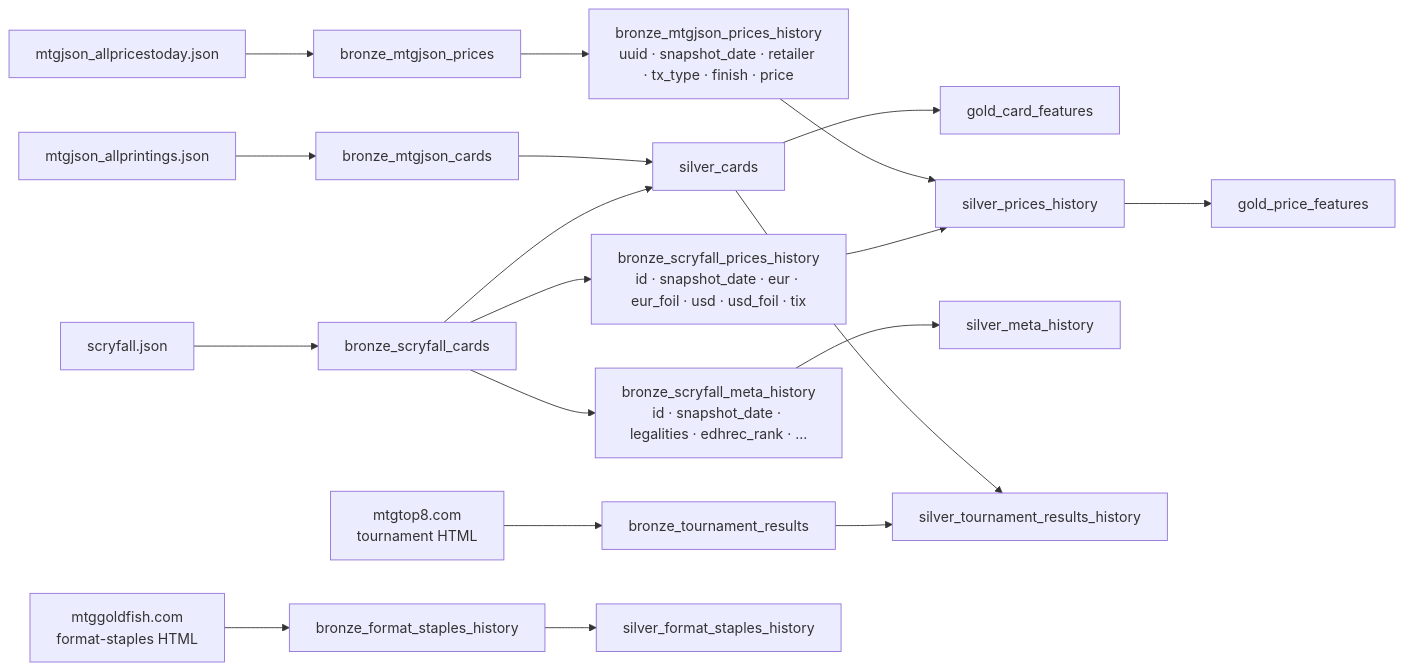
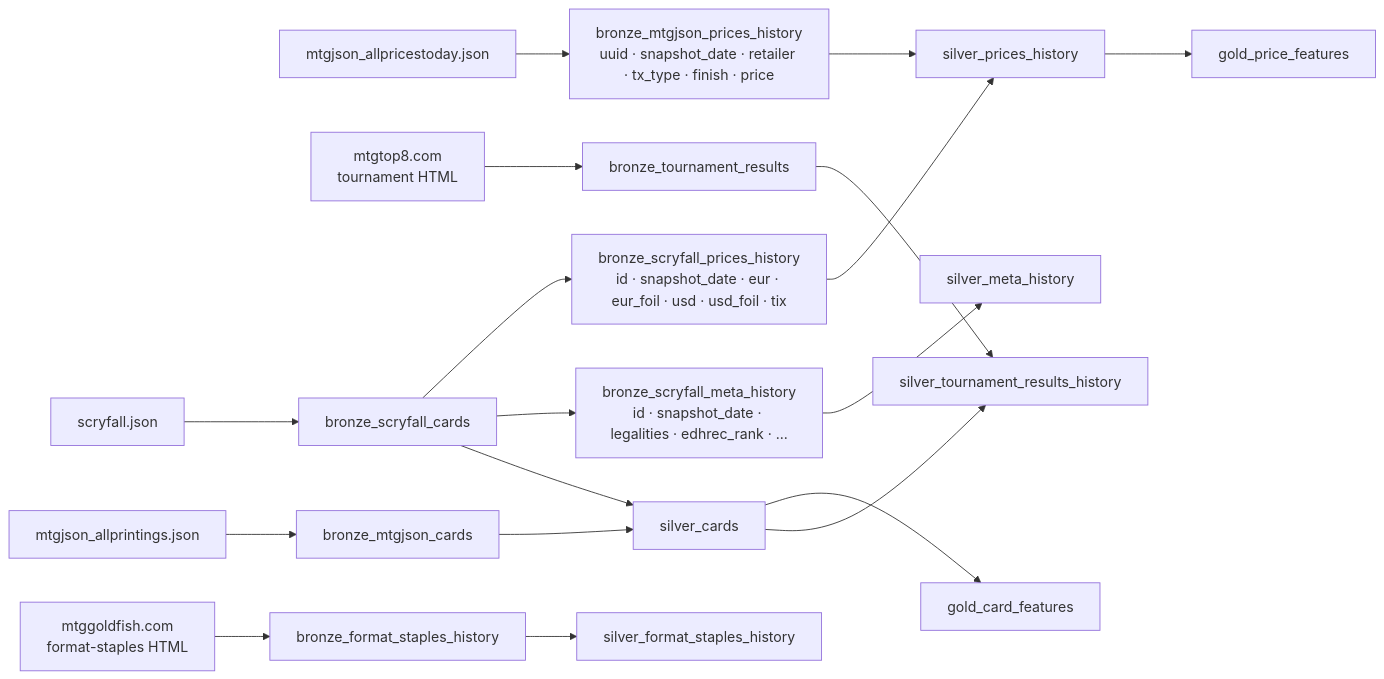
One commit to jedrzejpolaczek/aviarium.columbarius changed the second of 2 diagrams in docs/adr/ADR-003-medallion-architecture.md. Above: the diagram before and after it, drawn with Mermaid. The commit also changed other lines of this file and 102 other files, not shown here.

````diff
--- a/docs/adr/ADR-003-medallion-architecture.md
+++ b/docs/adr/ADR-003-medallion-architecture.md
@@ -126,30 +134,29 @@
 ```mermaid
 flowchart LR
     SF["scryfall.json"]
     MJC["mtgjson_allprintings.json"]
     MJP["mtgjson_allpricestoday.json"]
     FMT["mtggoldfish.com\nformat-staples HTML"]
     T8["mtgtop8.com\ntournament HTML"]
 
     SF  --> B_SF["bronze_scryfall_cards"]
     MJC --> B_MJ["bronze_mtgjson_cards"]
-    MJP --> B_MJP["bronze_mtgjson_prices"]
     FMT --> B_FSH["bronze_format_staples_history"]
     T8  --> B_TR["bronze_tournament_results"]
 
     B_SF --> PH1["bronze_scryfall_prices_history\nid · snapshot_date · eur · eur_foil · usd · usd_foil · tix"]
     B_SF --> PH2["bronze_scryfall_meta_history\nid · snapshot_date · legalities · edhrec_rank · ..."]
-    B_MJP --> PH3["bronze_mtgjson_prices_history\nuuid · snapshot_date · retailer · tx_type · finish · price"]
+    MJP --> PH3["bronze_mtgjson_prices_history\nuuid · snapshot_date · retailer · tx_type · finish · price"]
 
     B_SF  --> S["silver_cards"]
     B_MJ  --> S
 
     S    --> G1["gold_card_features"]
     PH1  --> SPH["silver_prices_history"]
     PH3  --> SPH
     SPH  --> G2["gold_price_features"]
     PH2  --> SMH["silver_meta_history"]
     B_FSH --> SFS["silver_format_staples_history"]
     B_TR  --> STR["silver_tournament_results_history"]
     S     --> STR
 ```
````
